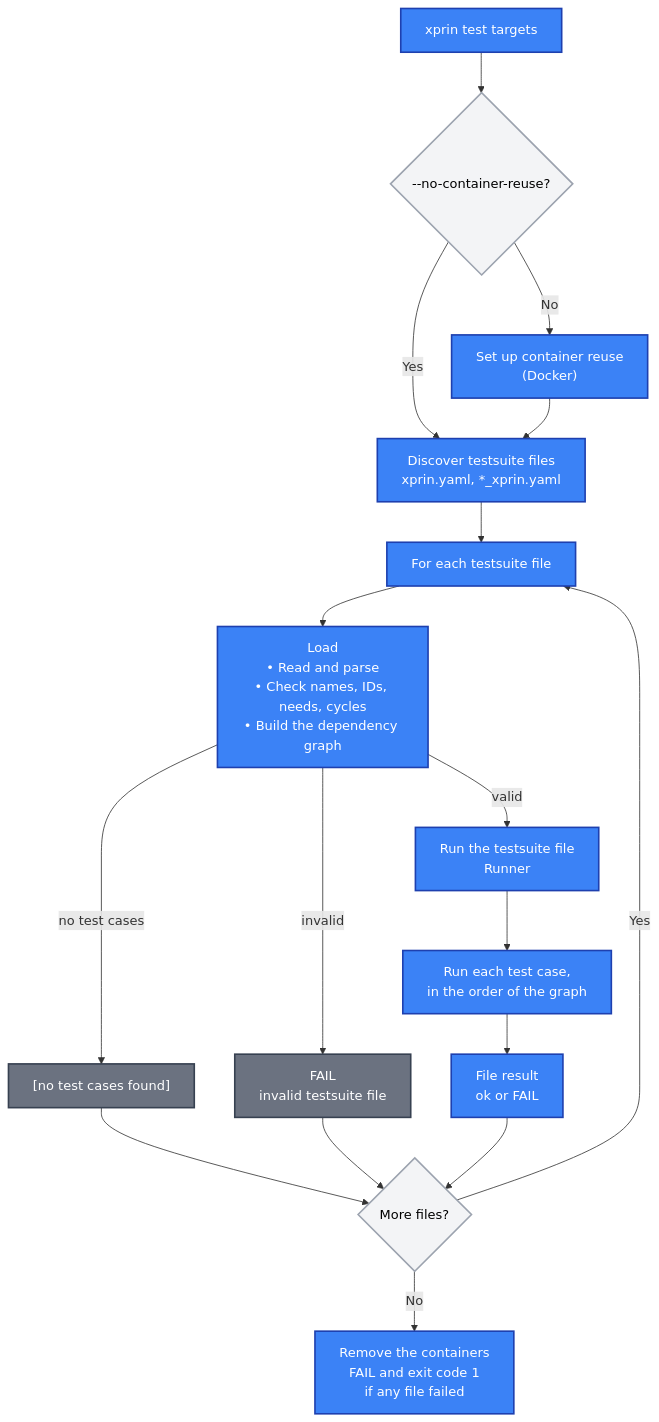
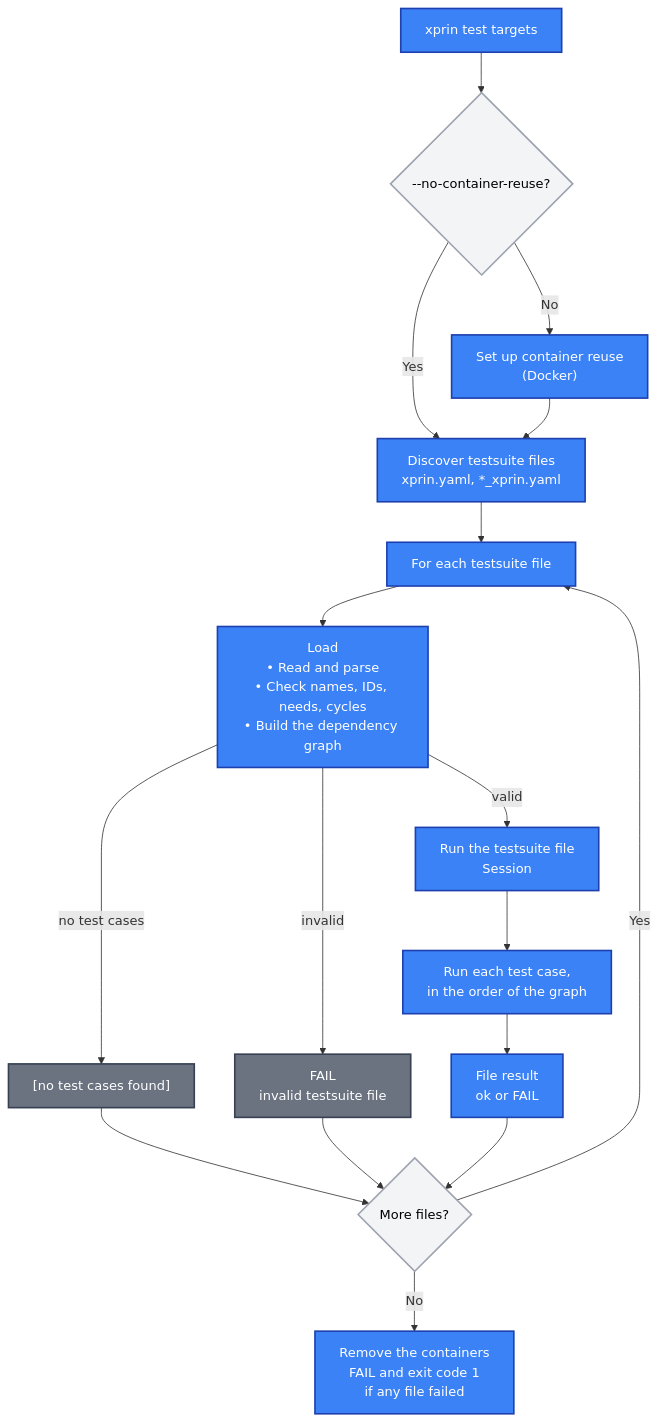
One commit to crossplane-contrib/xprin changed the second of 4 diagrams in docs/architecture.md. Above: the diagram before and after it, drawn with Mermaid. The commit also changed other lines of this file, not shown here.

First line of the commit message:
docs(architecture): describe the session, the runner and artifacts

````diff
--- a/docs/architecture.md
+++ b/docs/architecture.md
@@ -51,27 +54,27 @@
 ```mermaid
 flowchart TD
     A["xprin test targets"] --> B{"--no-container-reuse?"}
     B -->|No| C["Set up container reuse<br/>(Docker)"]
     B -->|Yes| D
     C --> D["Discover testsuite files<br/>xprin.yaml, *_xprin.yaml"]
     D --> E["For each testsuite file"]
     E --> F["Load<br/>• Read and parse<br/>• Check names, IDs, needs, cycles<br/>• Build the dependency graph"]
     F -->|"no test cases"| G["[no test cases found]"]
     F -->|"invalid"| H["FAIL<br/>invalid testsuite file"]
-    F -->|"valid"| I["Run the testsuite file<br/>Runner"]
+    F -->|"valid"| I["Run the testsuite file<br/>Session"]
     I --> J["Run each test case,<br/>in the order of the graph"]
     J --> K["File result<br/>ok or FAIL"]
     G --> L{"More files?"}
     H --> L
     K --> L
     L -->|Yes| E
     L -->|No| M["Remove the containers<br/>FAIL and exit code 1<br/>if any file failed"]
 
     classDef xprin fill:#3b82f6,stroke:#1e40af,stroke-width:2px,color:#fff
     classDef neutral fill:#6b7280,stroke:#374151,stroke-width:2px,color:#fff
     classDef decision fill:#f3f4f6,stroke:#9ca3af,stroke-width:2px,color:#000
 
     class A,C,D,E,F,I,J,K,M xprin
     class G,H neutral
     class B,L decision
 ```
````
